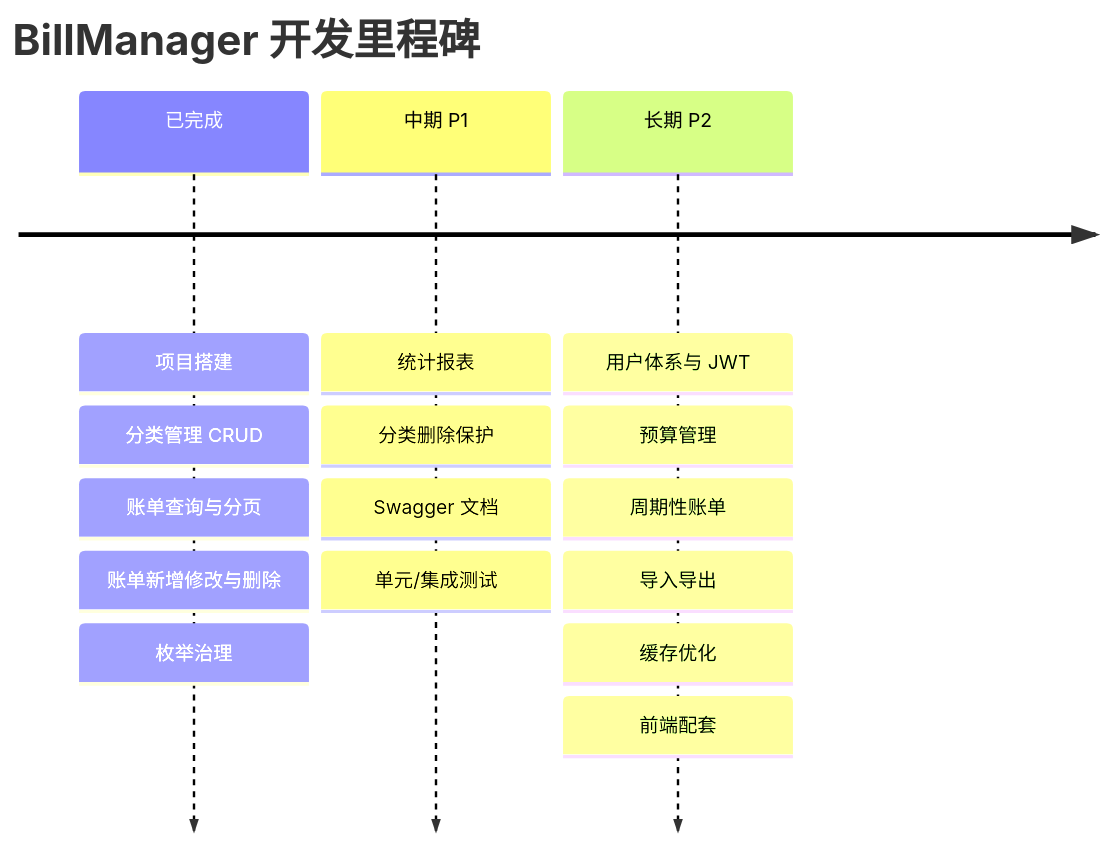
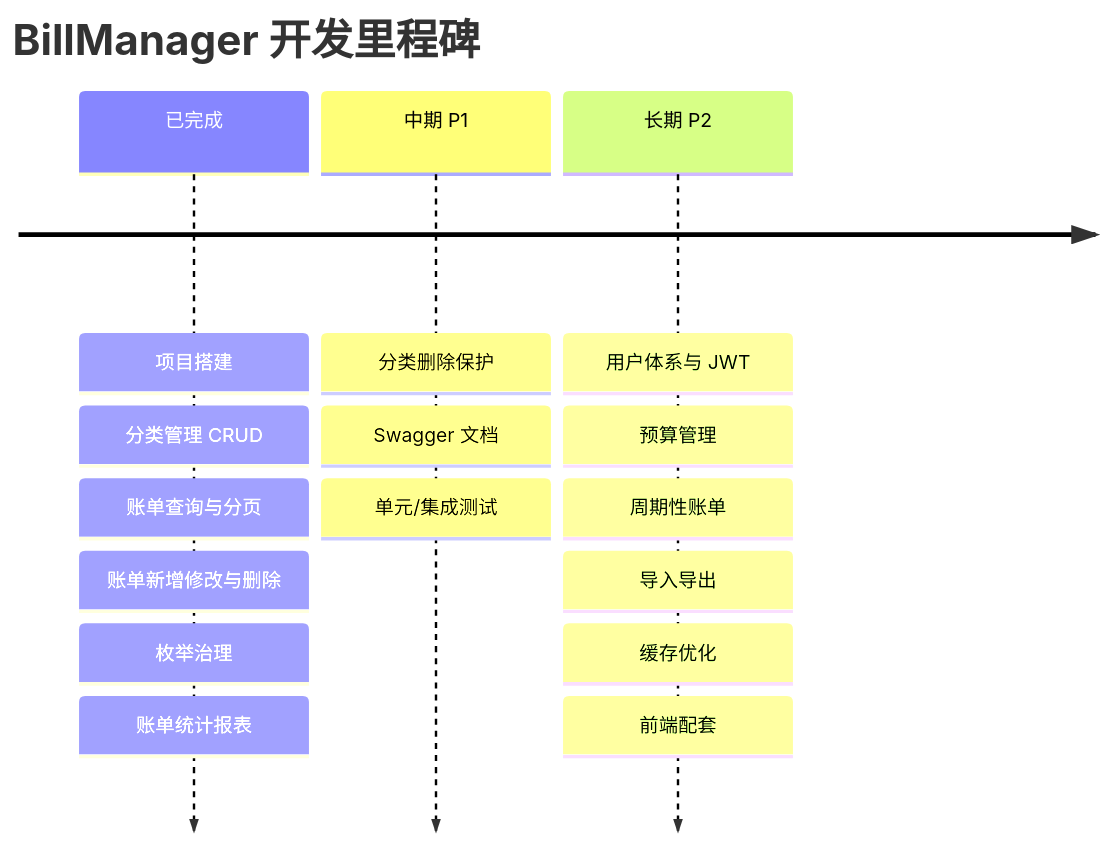
One commit to 19604557341/BillManager changed the diagram in docs/未来开发规划.md. Above: the diagram before and after it, drawn with Mermaid. The commit also changed other lines of this file and 2 other files, not shown here.

````diff
--- a/docs/未来开发规划.md
+++ b/docs/未来开发规划.md
@@ -119,7 +123,7 @@
 ```mermaid
 timeline
     title BillManager 开发里程碑
-    已完成 : 项目搭建 : 分类管理 CRUD : 账单查询与分页 : 账单新增修改与删除 : 枚举治理
-    中期 P1 : 统计报表 : 分类删除保护 : Swagger 文档 : 单元/集成测试
+    已完成 : 项目搭建 : 分类管理 CRUD : 账单查询与分页 : 账单新增修改与删除 : 枚举治理 : 账单统计报表
+    中期 P1 : 分类删除保护 : Swagger 文档 : 单元/集成测试
     长期 P2 : 用户体系与 JWT : 预算管理 : 周期性账单 : 导入导出 : 缓存优化 : 前端配套
 ```
````
